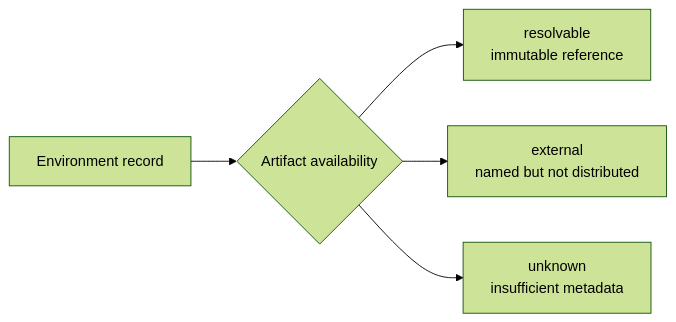
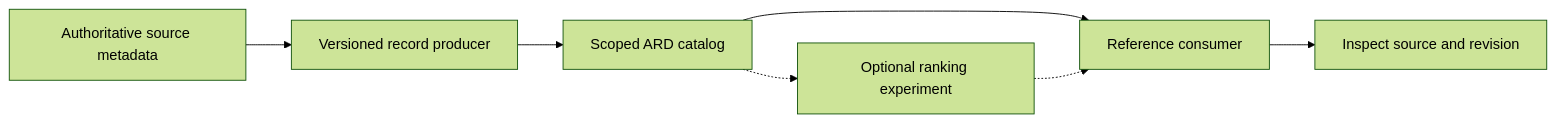
Before and after one commit to meta-pytorch/OpenEnv: the first of 4 diagrams in rfcs/011-ard-catalog-discovery.md, drawn with Mermaid (forest theme). The commit also changed other lines of this file and 1 other file, not shown here.

Commit message:
docs: refocus RFC 011 on versioned discovery metadata

````diff
--- a/rfcs/011-ard-catalog-discovery.md
+++ b/rfcs/011-ard-catalog-discovery.md
@@ -523,13 +102,9 @@
 ```mermaid
 flowchart LR
-  Record["Environment record"]
-  Kind{"Artifact availability"}
-  Resolvable["resolvable<br/>immutable reference"]
-  External["external<br/>named but not distributed"]
-  Unknown["unknown<br/>insufficient metadata"]
-
-  Record --> Kind
-  Kind --> Resolvable
-  Kind --> External
-  Kind --> Unknown
+  Source["Authoritative source metadata"] --> Producer["Versioned record producer"]
+  Producer --> Catalog["Scoped ARD catalog"]
+  Catalog --> Consumer["Reference consumer"]
+  Consumer --> Inspect["Inspect source and revision"]
+  Catalog -.-> Ranker["Optional ranking experiment"]
+  Ranker -.-> Consumer
 ```
````
